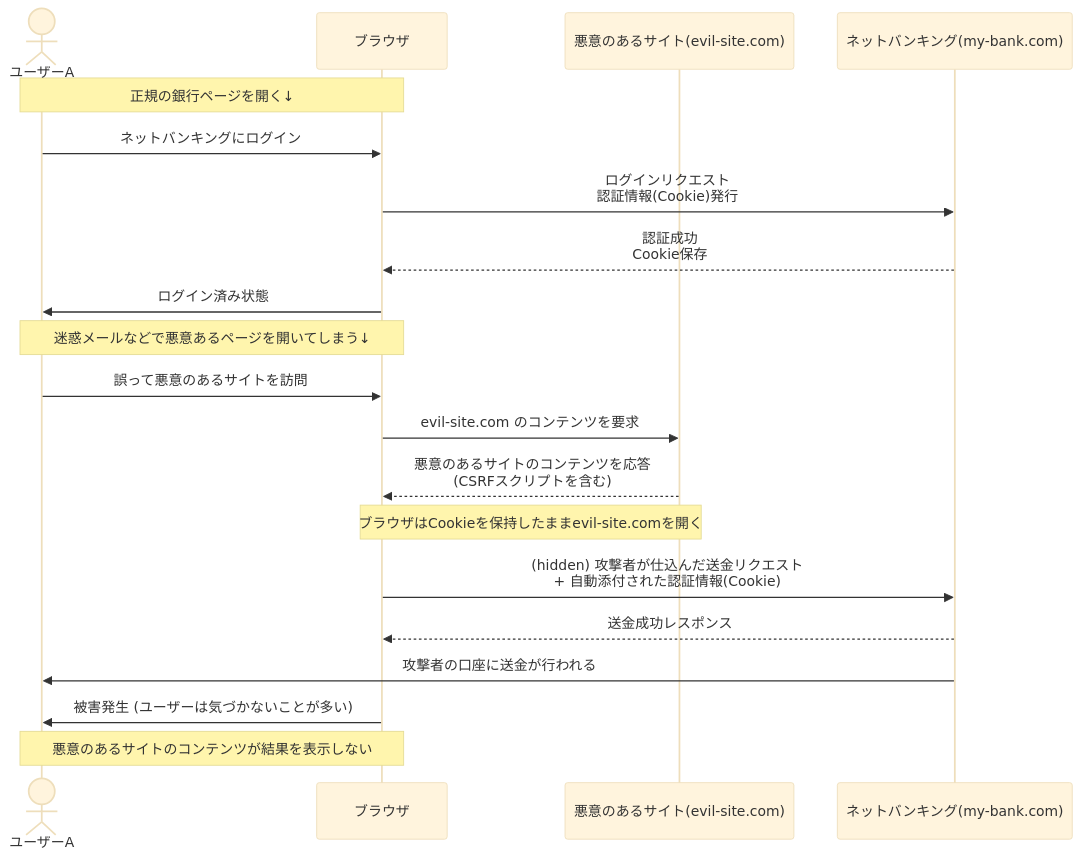
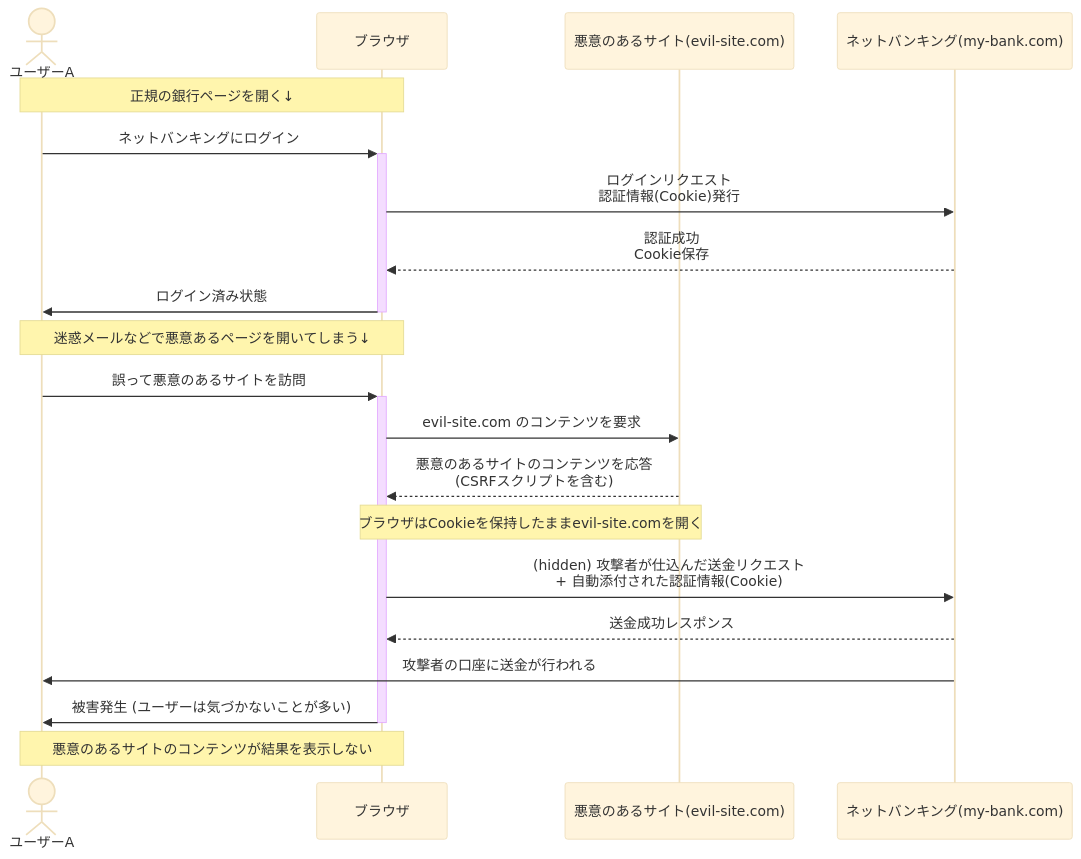
One commit to y-omasa-kbc/doc-manuals-tutorials changed the second of 2 diagrams in general/web/about-cors.md. Above: the diagram before and after it, drawn with Mermaid (base theme).

Commit message:
update: add some elements to a diagram

````diff
--- a/general/web/about-cors.md
+++ b/general/web/about-cors.md
@@ -82,27 +82,27 @@
 ```mermaid
 sequenceDiagram
     actor A as ユーザーA
     participant B as ブラウザ
 
     participant E as 悪意のあるサイト(evil-site.com)
     participant N as ネットバンキング(my-bank.com)
     
     Note over A,B: 正規の銀行ページを開く↓
-    A->>B: ネットバンキングにログイン
+    A->>+B: ネットバンキングにログイン
     B->>N: ログインリクエスト<br>認証情報(Cookie)発行
     N-->>B: 認証成功<br>Cookie保存
-    B->>A: ログイン済み状態
+    B->>-A: ログイン済み状態
   
     Note over A,B: 迷惑メールなどで悪意あるページを開いてしまう↓  
-    A->>B: 誤って悪意のあるサイトを訪問
+    A->>+B: 誤って悪意のあるサイトを訪問
     B->>E: evil-site.com のコンテンツを要求
     E-->>B: 悪意のあるサイトのコンテンツを応答<br>(CSRFスクリプトを含む)
     Note over B,E: ブラウザはCookieを保持したままevil-site.comを開く
 
     B->>N: (hidden) 攻撃者が仕込んだ送金リクエスト<br>+ 自動添付された認証情報(Cookie)
     N-->>B: 送金成功レスポンス
     N->>A: 攻撃者の口座に送金が行われる
 
-    B->>A: 被害発生 (ユーザーは気づかないことが多い)
+    B->>-A: 被害発生 (ユーザーは気づかないことが多い)
     Note over B,A: 悪意のあるサイトのコンテンツが結果を表示しない
 ```
````
